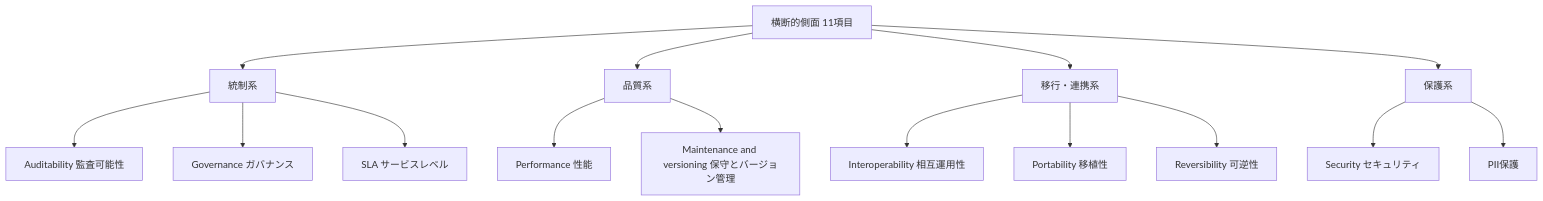
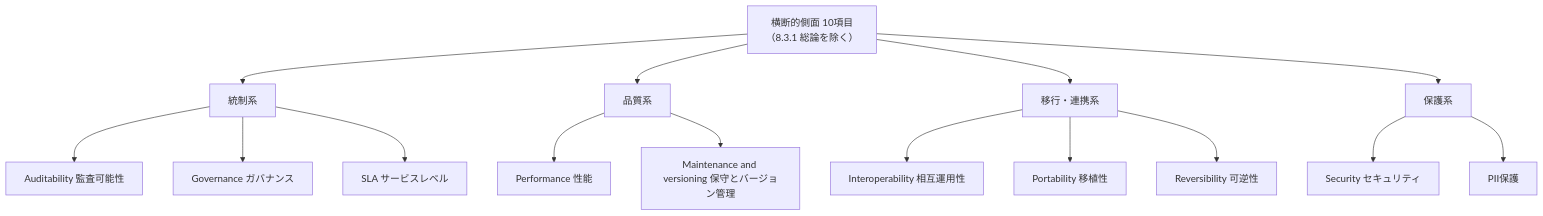
Before and after one commit to myoshi2891/Cloud-Infrastructure-and-Network-Studies: the eighth of 20 diagrams in Iso-iec-22123-3-2023-guide.md, drawn with Mermaid. The commit also changed other lines of this file, not shown here.

````diff
--- a/Iso-iec-22123-3-2023-guide.md
+++ b/Iso-iec-22123-3-2023-guide.md
@@ -308,22 +308,22 @@
 ```mermaid
 flowchart TB
-    CC["横断的側面 11項目"]
+    CC["横断的側面 10項目<br/>（8.3.1 総論を除く）"]
     CC --> G1["統制系"]
     CC --> G2["品質系"]
     CC --> G3["移行・連携系"]
     CC --> G4["保護系"]
 
     G1 --> A1["Auditability 監査可能性"]
     G1 --> A2["Governance ガバナンス"]
     G1 --> A3["SLA サービスレベル"]
 
     G2 --> B1["Performance 性能"]
     G2 --> B2["Maintenance and versioning 保守とバージョン管理"]
 
     G3 --> C1["Interoperability 相互運用性"]
     G3 --> C2["Portability 移植性"]
     G3 --> C3["Reversibility 可逆性"]
 
     G4 --> D1["Security セキュリティ"]
     G4 --> D2["PII保護"]
 ```
````
